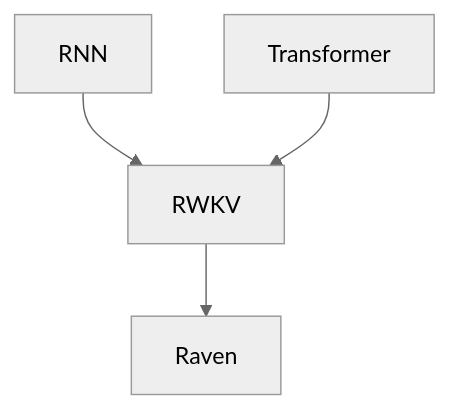
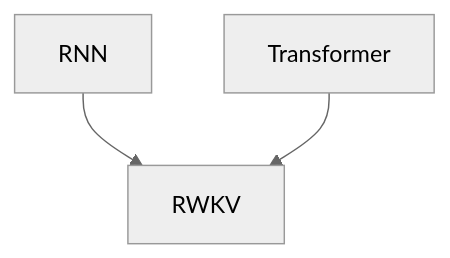
Before and after one commit to ted-sharp/chatvox: diagram 14 of 14 in doc/llm.md, drawn with Mermaid (neutral theme). The commit also changed other lines of this file, not shown here.

````diff
--- a/doc/llm.md
+++ b/doc/llm.md
@@ -606,6 +623,6 @@
 ```mermaid
 flowchart
 
-RNN --> RWKV --> Raven
+RNN --> RWKV
 Transformer --> RWKV
 ```
````
